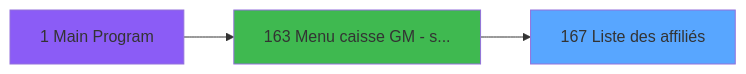
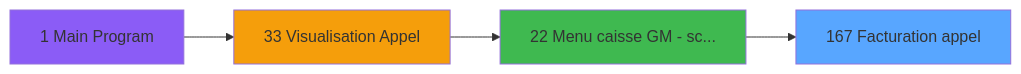
One commit to thonyAGP/magic-migration changed the second of 3 diagrams in .openspec/specs/ADH-IDE-167.md. Above: the diagram before and after it, drawn with Mermaid. The commit also changed other lines of this file and 311 other files, not shown here.

````diff
--- a/.openspec/specs/ADH-IDE-167.md
+++ b/.openspec/specs/ADH-IDE-167.md
@@ -648,11 +366,14 @@
 ```mermaid
 graph LR
-    T167[167 Liste des affiliés]
+    T167[167 Facturation appel]
     style T167 fill:#58a6ff
     CC1[1 Main Program]
     style CC1 fill:#8b5cf6
-    CC163[163 Menu caisse GM - s...]
-    style CC163 fill:#3fb950
-    CC1 --> CC163
-    CC163 --> T167
+    CC33[33 Visualisation Appel]
+    style CC33 fill:#f59e0b
+    CC22[22 Menu caisse GM - sc...]
+    style CC22 fill:#3fb950
+    CC33 --> CC22
+    CC1 --> CC33
+    CC22 --> T167
 ```
````
